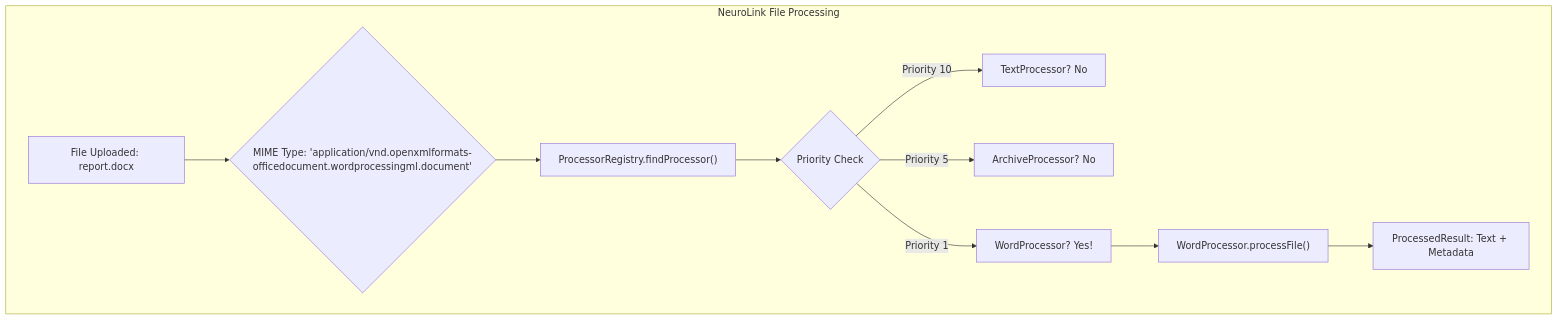
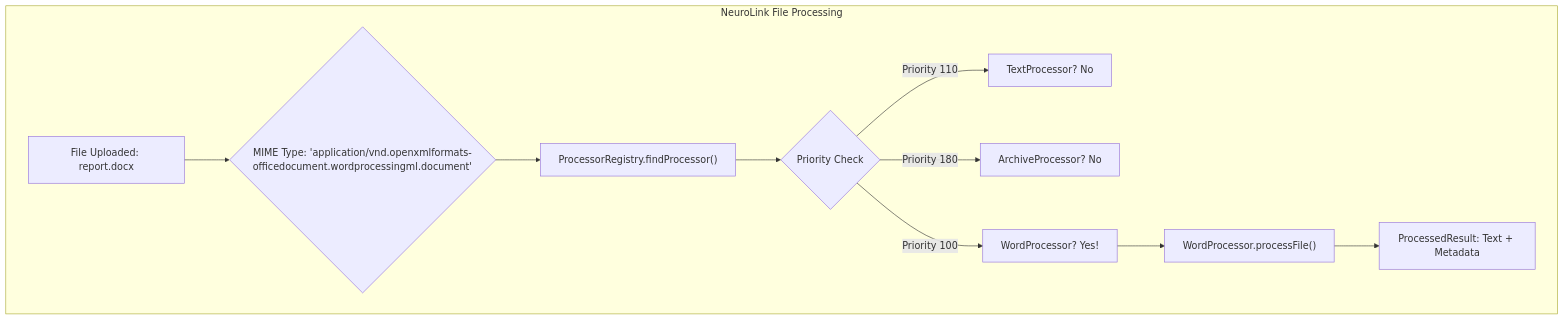
The diagram in _posts/2026-06-01-seventeen-file-processors-six-categories-one-priority-system.md (juspay/neurolink-blog), drawn with Mermaid before and after one commit. The commit also changed other lines of this file and 172 other files, not shown here.

````diff
--- a/_posts/2026-06-01-seventeen-file-processors-six-categories-one-priority-system.md
+++ b/_posts/2026-06-01-seventeen-file-processors-six-categories-one-priority-system.md
@@ -203,13 +198,13 @@
 ```mermaid
 graph TD
     subgraph NeuroLink File Processing
         A[File Uploaded: report.docx] --> B{MIME Type: 'application/vnd.openxmlformats-officedocument.wordprocessingml.document'};
         B --> C["ProcessorRegistry.findProcessor()"];
         C --> D{Priority Check};
-        D -- Priority 10 --> E[TextProcessor? No];
-        D -- Priority 5 --> F[ArchiveProcessor? No];
-        D -- Priority 1 --> G["WordProcessor? Yes!"];
+        D -- Priority 110 --> E[TextProcessor? No];
+        D -- Priority 180 --> F[ArchiveProcessor? No];
+        D -- Priority 100 --> G["WordProcessor? Yes!"];
         G --> H["WordProcessor.processFile()"];
         H --> I[ProcessedResult: Text + Metadata];
     end
 ```
````
